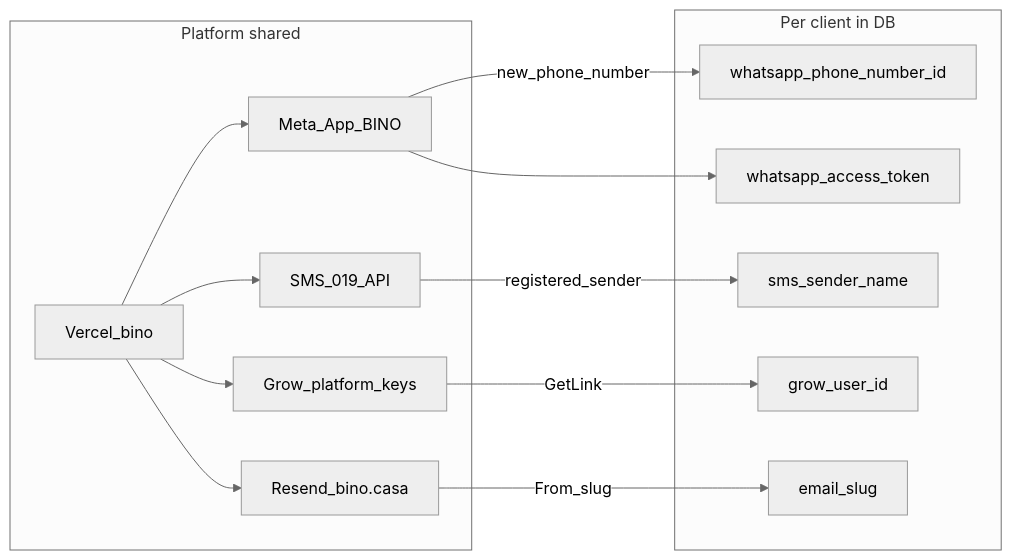
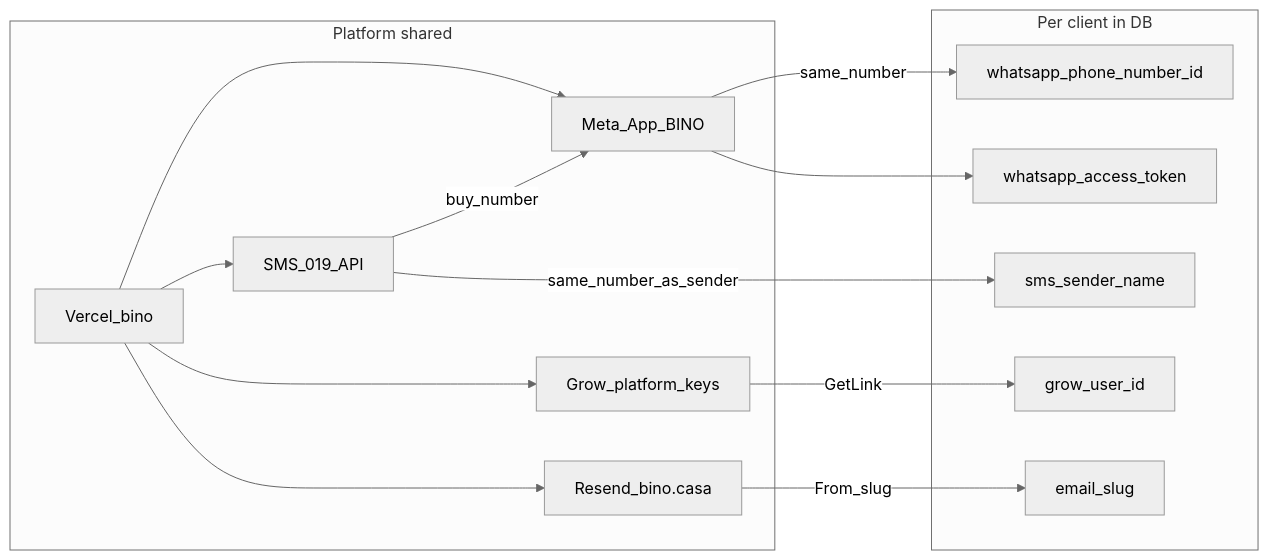
The diagram in docs/CLIENT_LAUNCH.md (YoniLevy10/Bino), drawn with Mermaid (neutral theme) before and after one commit. The commit also changed other lines of this file and 7 other files, not shown here.

````diff
--- a/docs/CLIENT_LAUNCH.md
+++ b/docs/CLIENT_LAUNCH.md
@@ -70,28 +80,29 @@
 ```mermaid
 flowchart LR
   subgraph platform [Platform shared]
     Vercel[Vercel_bino]
     MetaApp[Meta_App_BINO]
     Sms019[SMS_019_API]
     GrowKeys[Grow_platform_keys]
     Resend[Resend_bino.casa]
   end
 
   subgraph tenant [Per client in DB]
     WaId[whatsapp_phone_number_id]
     WaTok[whatsapp_access_token]
     SmsSender[sms_sender_name]
     GrowUid[grow_user_id]
     EmailSlug[email_slug]
   end
 
-  MetaApp -->|new_phone_number| WaId
+  Sms019 -->|buy_number| MetaApp
+  MetaApp -->|same_number| WaId
   MetaApp --> WaTok
-  Sms019 -->|registered_sender| SmsSender
+  Sms019 -->|same_number_as_sender| SmsSender
   GrowKeys -->|GetLink| GrowUid
   Resend -->|From_slug| EmailSlug
   Vercel --> MetaApp
   Vercel --> Sms019
   Vercel --> GrowKeys
   Vercel --> Resend
 ```
````
